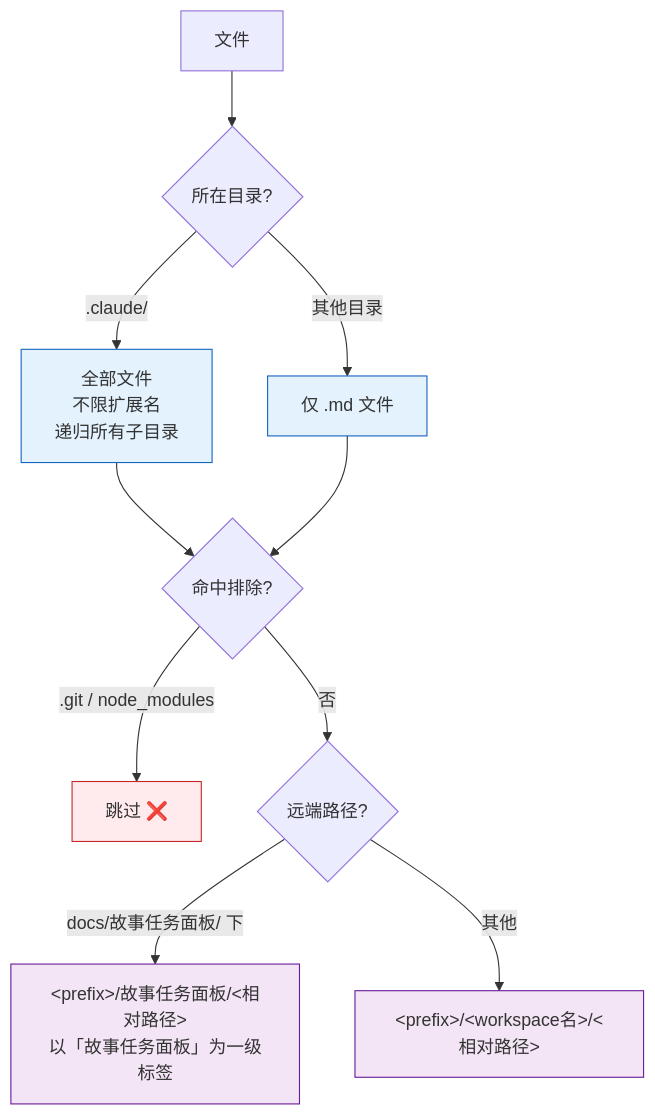
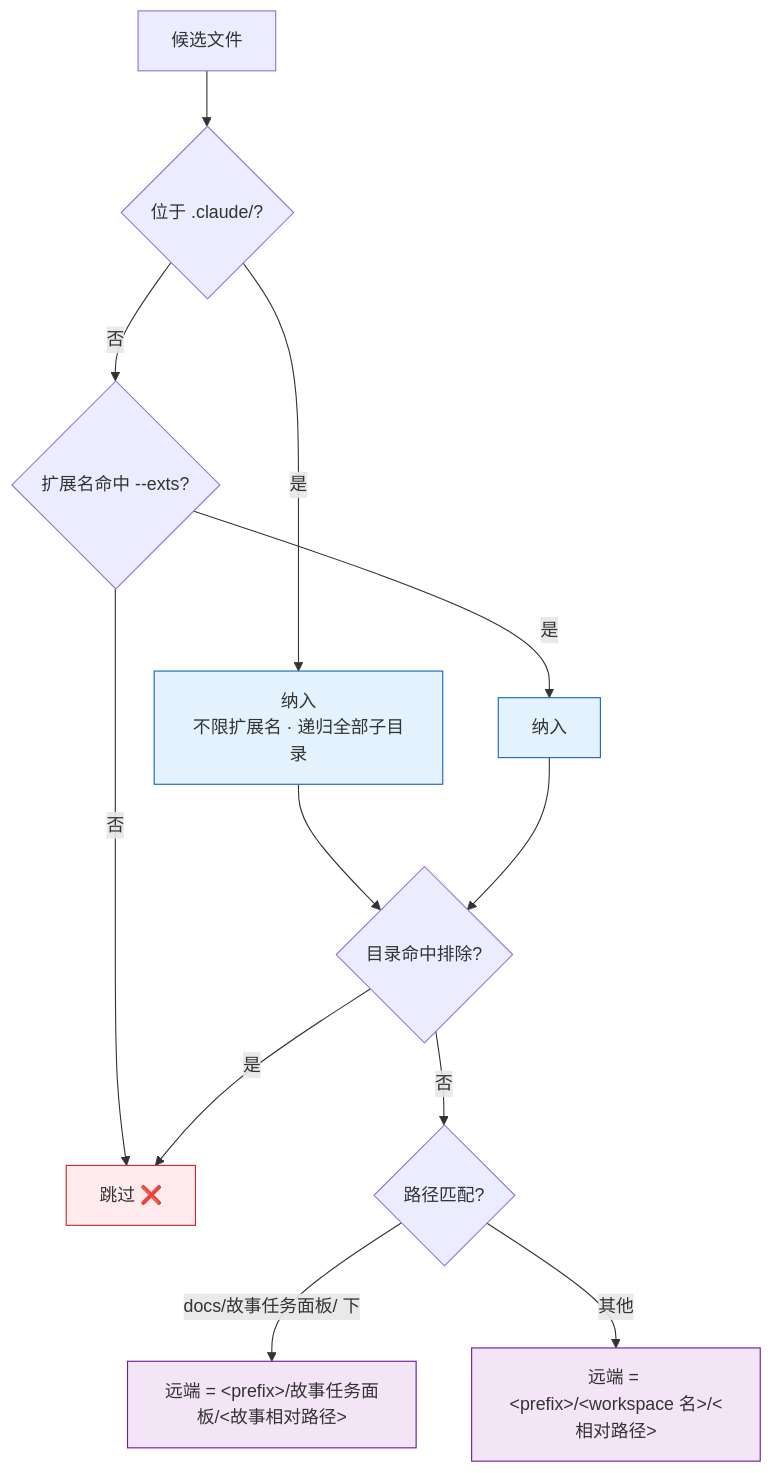
The second of 8 diagrams in skills/import-docs/SKILL.md (effiy/YrY), drawn with Mermaid before and after one commit. The commit also changed other lines of this file and 14 other files, not shown here.

````diff
--- a/skills/import-docs/SKILL.md
+++ b/skills/import-docs/SKILL.md
@@ -40,15 +56,17 @@
 ```mermaid
 flowchart TD
-    FILE["文件"] --> Q1{"所在目录?"}
-    Q1 -->|".claude/"| ALL["全部文件<br/>不限扩展名<br/>递归所有子目录"]:::rule
-    Q1 -->|"其他目录"| MD["仅 .md 文件"]:::rule
-    ALL & MD --> Q2{"命中排除?"}
-    Q2 -->|".git / node_modules"| SKIP["跳过 ❌"]:::skip
-    Q2 -->|"否"| Q3{"远端路径?"}
-    Q3 -->|"docs/故事任务面板/ 下"| PATH1["&lt;prefix&gt;/故事任务面板/&lt;相对路径&gt;<br/>以「故事任务面板」为一级标签"]:::path
-    Q3 -->|"其他"| PATH2["&lt;prefix&gt;/&lt;workspace名&gt;/&lt;相对路径&gt;"]:::path
+    FILE["候选文件"] --> Q1{"位于 .claude/?"}
+    Q1 -->|"是"| ALL["纳入<br/>不限扩展名 · 递归全部子目录"]:::rule
+    Q1 -->|"否"| EXT{"扩展名命中 --exts?"}
+    EXT -->|"是"| KEEP["纳入"]:::rule
+    EXT -->|"否"| SKIP["跳过 ❌"]:::skip
+    ALL & KEEP --> Q2{"目录命中排除?"}
+    Q2 -->|"是"| SKIP
+    Q2 -->|"否"| Q3{"路径匹配?"}
+    Q3 -->|"docs/故事任务面板/ 下"| PATH1["远端 = &lt;prefix&gt;/故事任务面板/&lt;故事相对路径&gt;"]:::path
+    Q3 -->|"其他"| PATH2["远端 = &lt;prefix&gt;/&lt;workspace 名&gt;/&lt;相对路径&gt;"]:::path
 
     classDef rule fill:#e3f2fd,stroke:#1565c0;
     classDef skip fill:#ffebee,stroke:#c62828;
     classDef path fill:#f3e5f5,stroke:#6a1b9a;
 ```
````
